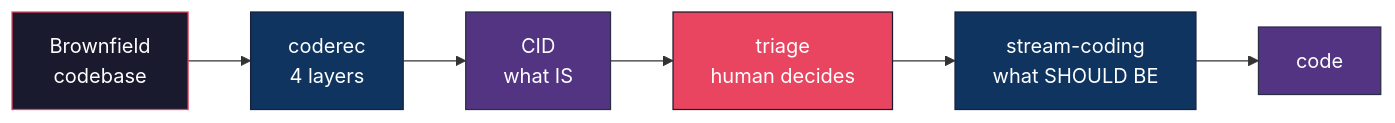
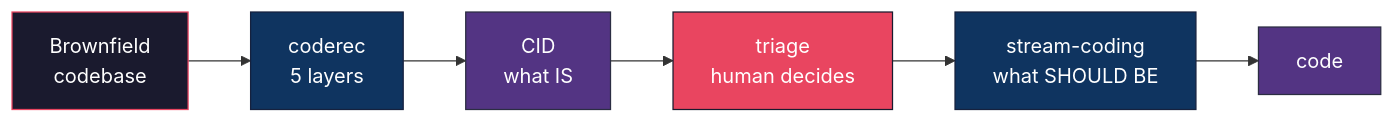
The first of 3 diagrams in README.md (frmoretto/coderec), drawn with Mermaid before and after one commit. The commit also changed other lines of this file, not shown here.

````diff
--- a/README.md
+++ b/README.md
@@ -46,15 +46,15 @@
 ```mermaid
 graph LR
-    A["Brownfield\ncodebase"] --> B["coderec\n4 layers"]
+    A["Brownfield\ncodebase"] --> B["coderec\n5 layers"]
     B --> C["CID\nwhat IS"]
     C --> D["triage\nhuman decides"]
     D --> E["stream-coding\nwhat SHOULD BE"]
     E --> F["code"]
 
     style A fill:#1a1a2e,stroke:#e94560,color:#fff
     style B fill:#0f3460,stroke:#16213e,color:#fff
     style C fill:#533483,stroke:#2b2d42,color:#fff
     style D fill:#e94560,stroke:#1a1a2e,color:#fff
     style E fill:#0f3460,stroke:#16213e,color:#fff
     style F fill:#533483,stroke:#2b2d42,color:#fff
 ```
````
